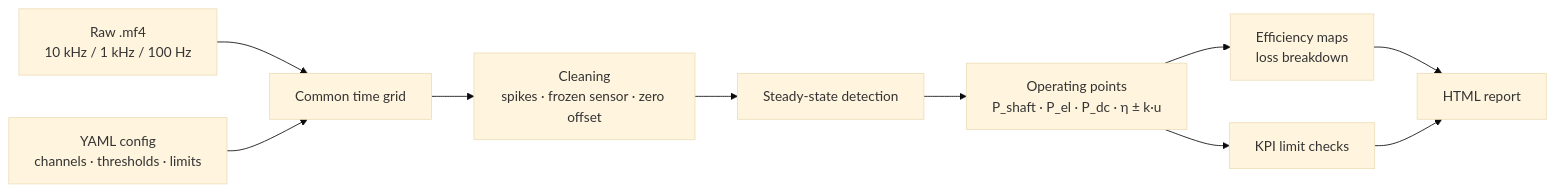
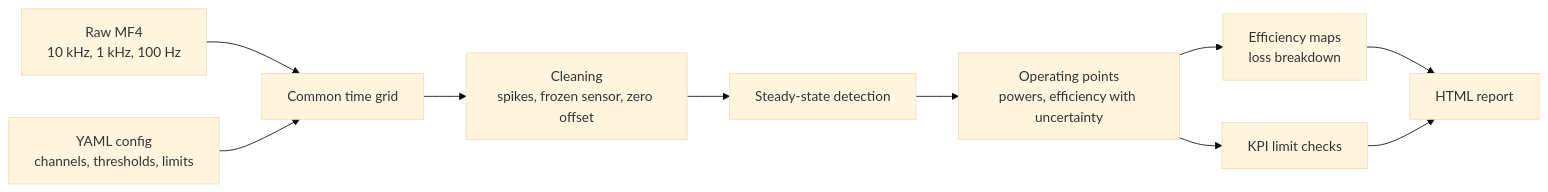
The second of 2 diagrams in README.md (maddy-972/pmsm-regression), drawn with Mermaid (base theme) before and after one commit. The commit also changed other lines of this file, not shown here.

Commit message:
Fix README diagrams

````diff
--- a/README.md
+++ b/README.md
@@ -85,12 +86,12 @@
 ```mermaid
 flowchart LR
-    A[Raw .mf4<br/>10 kHz / 1 kHz / 100 Hz] --> B[Common time grid]
-    B --> C[Cleaning<br/>spikes · frozen sensor · zero offset]
-    C --> D[Steady-state detection]
-    D --> E[Operating points<br/>P_shaft · P_el · P_dc · η ± k·u]
-    E --> F[Efficiency maps<br/>loss breakdown]
-    E --> G[KPI limit checks]
-    F --> H[HTML report]
+    A["Raw MF4<br/>10 kHz, 1 kHz, 100 Hz"] --> B["Common time grid"]
+    B --> C["Cleaning<br/>spikes, frozen sensor, zero offset"]
+    C --> D["Steady-state detection"]
+    D --> E["Operating points<br/>powers, efficiency with uncertainty"]
+    E --> F["Efficiency maps<br/>loss breakdown"]
+    E --> G["KPI limit checks"]
+    F --> H["HTML report"]
     G --> H
-    K[YAML config<br/>channels · thresholds · limits] --> B
+    K["YAML config<br/>channels, thresholds, limits"] --> B
 ```
````
